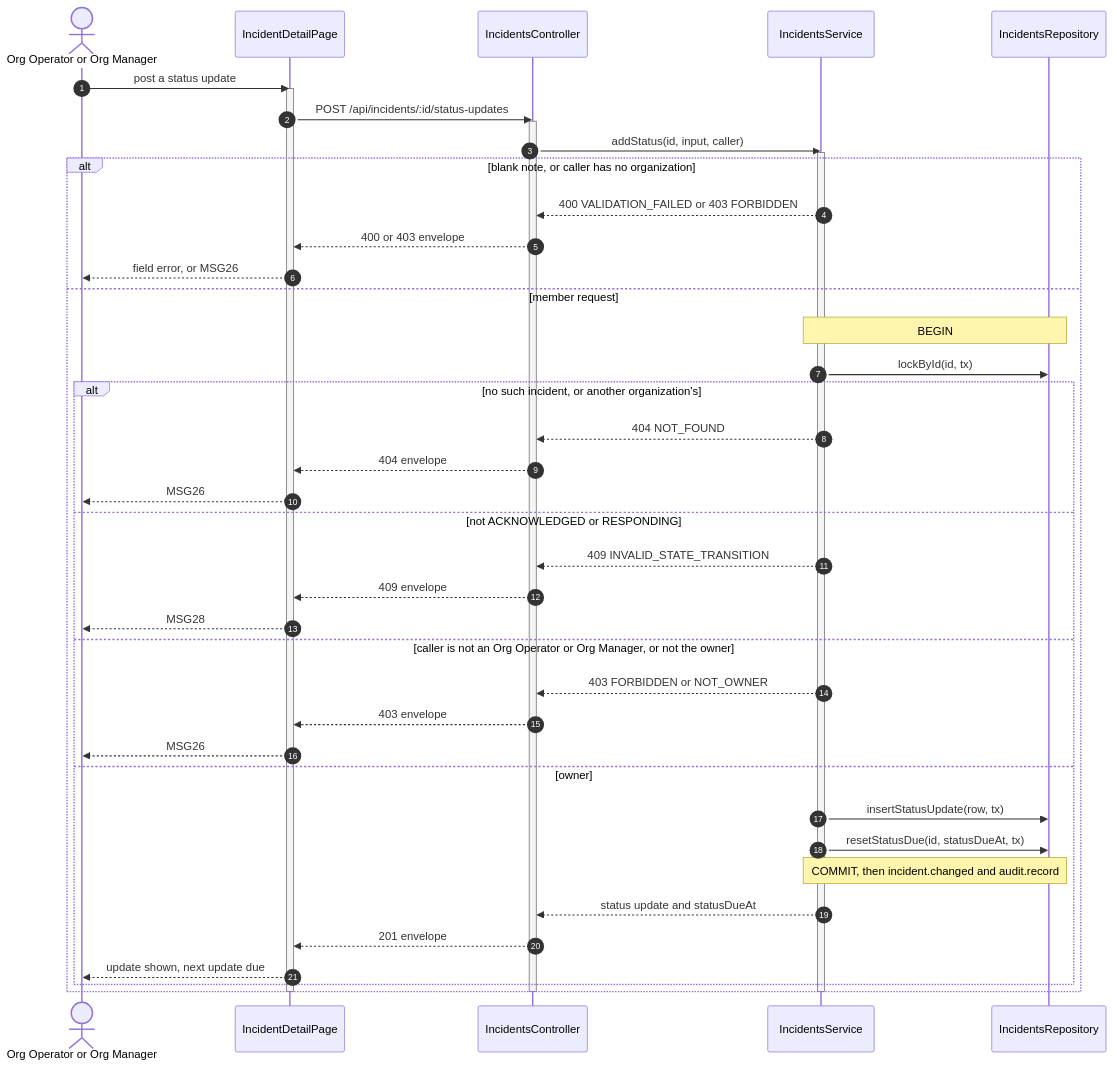
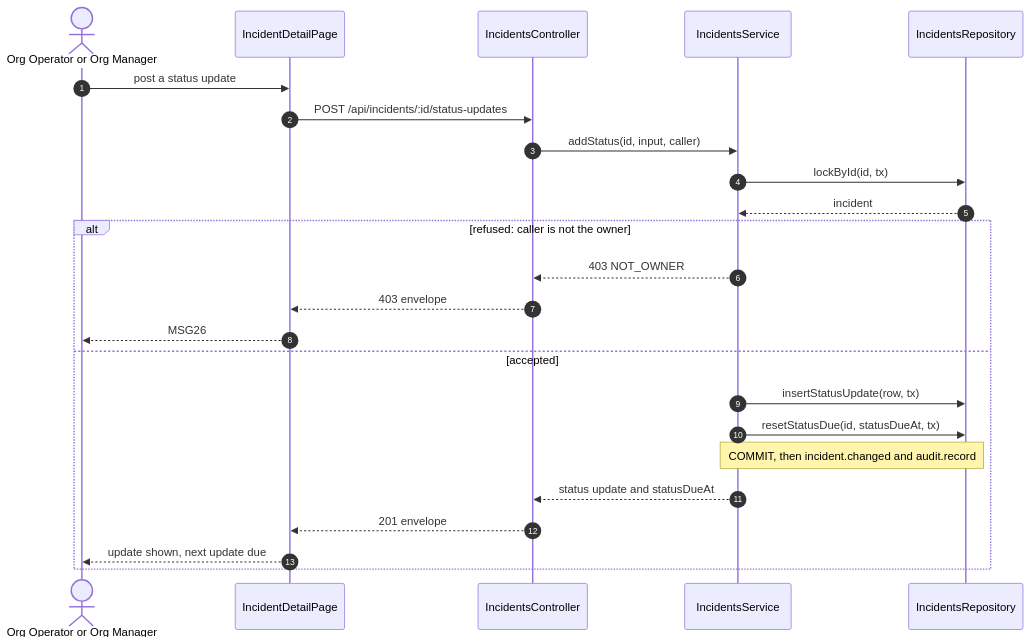
Before and after one commit to TrekLink-Team/treklink-web: the second of 2 diagrams in specs/incidents/api-design/05-post-incidents-id-status-updates.md, drawn with Mermaid. The commit also changed 8 other files, not shown here.

First line of the commit message:
docs: keep one alt and no activation lines in the incidents sequences

````diff
--- a/specs/incidents/api-design/05-post-incidents-id-status-updates.md
+++ b/specs/incidents/api-design/05-post-incidents-id-status-updates.md
@@ -201,46 +201,26 @@
 ```mermaid
 sequenceDiagram
     autonumber
     actor U as Org Operator or Org Manager
     participant P as IncidentDetailPage
     participant Ctl as IncidentsController
     participant Svc as IncidentsService
     participant R as IncidentsRepository
     U->>P: post a status update
-    activate P
     P->>Ctl: POST /api/incidents/:id/status-updates
-    activate Ctl
     Ctl->>Svc: addStatus(id, input, caller)
-    activate Svc
-    alt blank note, or caller has no organization
-        Svc-->>Ctl: 400 VALIDATION_FAILED or 403 FORBIDDEN
-        Ctl-->>P: 400 or 403 envelope
-        P-->>U: field error, or MSG26
-    else member request
-        Note over Svc,R: BEGIN
-        Svc->>R: lockById(id, tx)
-        alt no such incident, or another organization's
-            Svc-->>Ctl: 404 NOT_FOUND
-            Ctl-->>P: 404 envelope
-            P-->>U: MSG26
-        else not ACKNOWLEDGED or RESPONDING
-            Svc-->>Ctl: 409 INVALID_STATE_TRANSITION
-            Ctl-->>P: 409 envelope
-            P-->>U: MSG28
-        else caller is not an Org Operator or Org Manager, or not the owner
-            Svc-->>Ctl: 403 FORBIDDEN or NOT_OWNER
-            Ctl-->>P: 403 envelope
-            P-->>U: MSG26
-        else owner
-            Svc->>R: insertStatusUpdate(row, tx)
-            Svc->>R: resetStatusDue(id, statusDueAt, tx)
-            Note over Svc,R: COMMIT, then incident.changed and audit.record
-            Svc-->>Ctl: status update and statusDueAt
-            Ctl-->>P: 201 envelope
-            P-->>U: update shown, next update due
-        end
+    Svc->>R: lockById(id, tx)
+    R-->>Svc: incident
+    alt refused: caller is not the owner
+        Svc-->>Ctl: 403 NOT_OWNER
+        Ctl-->>P: 403 envelope
+        P-->>U: MSG26
+    else accepted
+        Svc->>R: insertStatusUpdate(row, tx)
+        Svc->>R: resetStatusDue(id, statusDueAt, tx)
+        Note over Svc,R: COMMIT, then incident.changed and audit.record
+        Svc-->>Ctl: status update and statusDueAt
+        Ctl-->>P: 201 envelope
+        P-->>U: update shown, next update due
     end
-    deactivate Svc
-    deactivate Ctl
-    deactivate P
 ```
````
